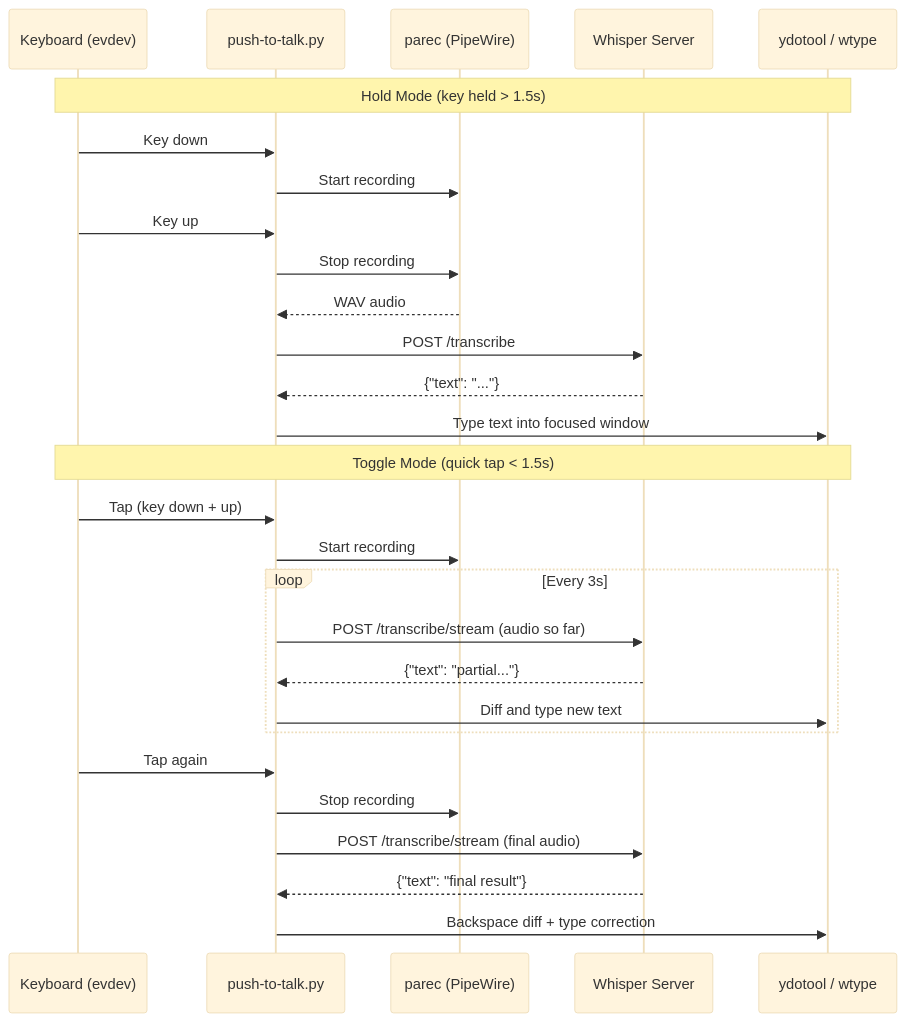
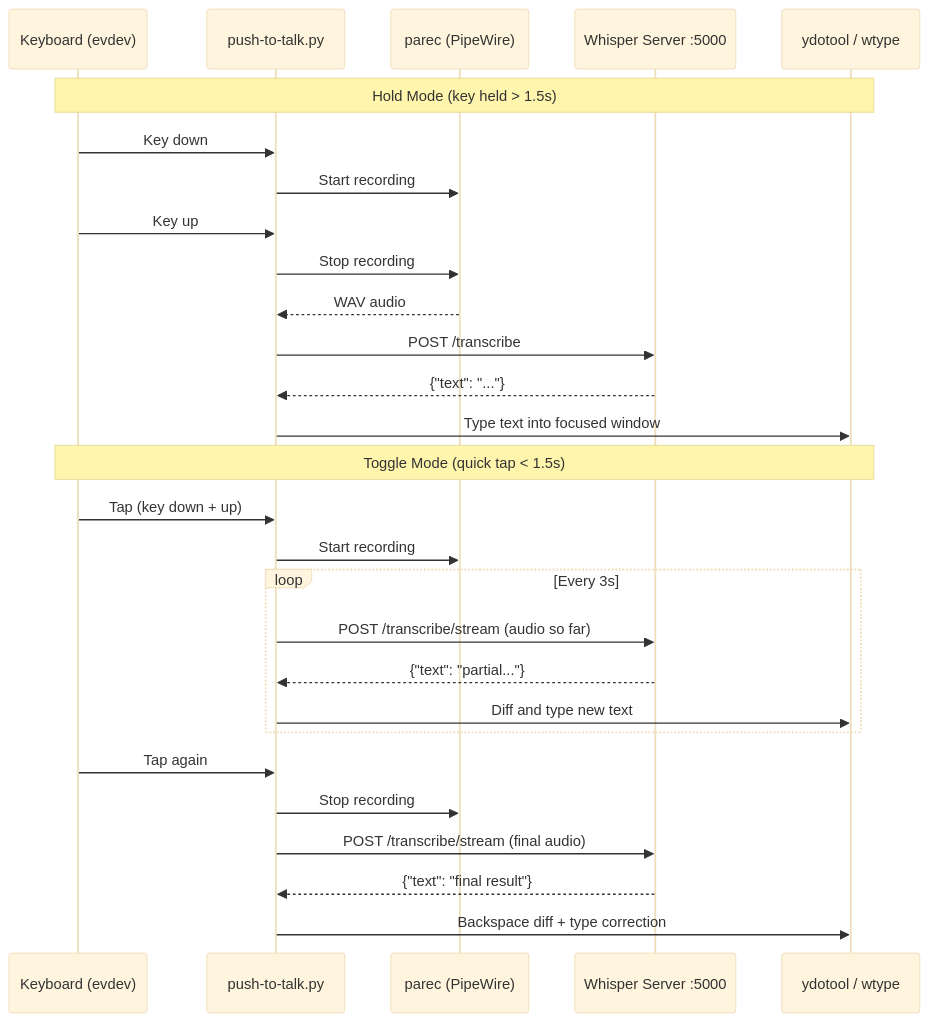
The fourth of 5 diagrams in README.md (dmzoneill/whisper-npu-wayland), drawn with Mermaid (base theme) before and after one commit. The commit also changed other lines of this file and 1 other file, not shown here.

````diff
--- a/README.md
+++ b/README.md
@@ -157,34 +153,34 @@
 ```mermaid
 sequenceDiagram
     participant K as Keyboard (evdev)
     participant PTT as push-to-talk.py
     participant R as parec (PipeWire)
-    participant S as Whisper Server
+    participant S as Whisper Server :5000
     participant Y as ydotool / wtype
 
     Note over K,Y: Hold Mode (key held > 1.5s)
     K->>PTT: Key down
     PTT->>R: Start recording
     K->>PTT: Key up
     PTT->>R: Stop recording
     R-->>PTT: WAV audio
     PTT->>S: POST /transcribe
     S-->>PTT: {"text": "..."}
     PTT->>Y: Type text into focused window
 
     Note over K,Y: Toggle Mode (quick tap < 1.5s)
     K->>PTT: Tap (key down + up)
     PTT->>R: Start recording
 
     loop Every 3s
         PTT->>S: POST /transcribe/stream (audio so far)
         S-->>PTT: {"text": "partial..."}
         PTT->>Y: Diff and type new text
     end
 
     K->>PTT: Tap again
     PTT->>R: Stop recording
     PTT->>S: POST /transcribe/stream (final audio)
     S-->>PTT: {"text": "final result"}
     PTT->>Y: Backspace diff + type correction
 ```
````
